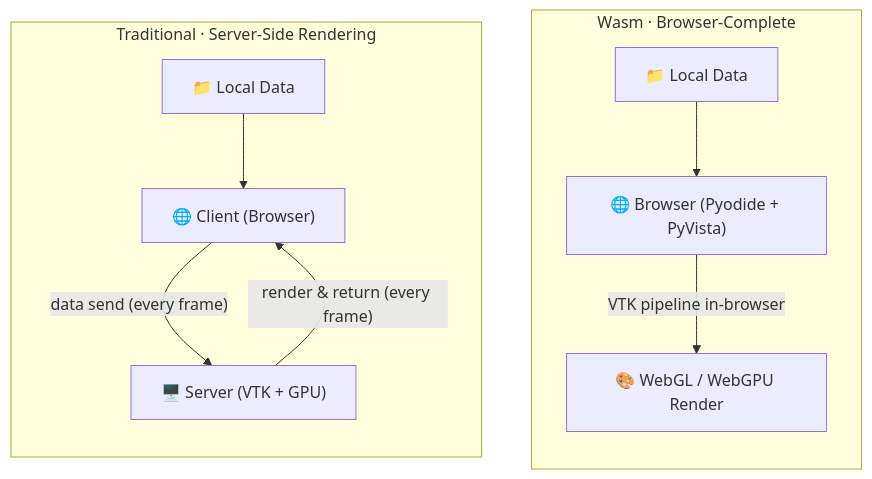
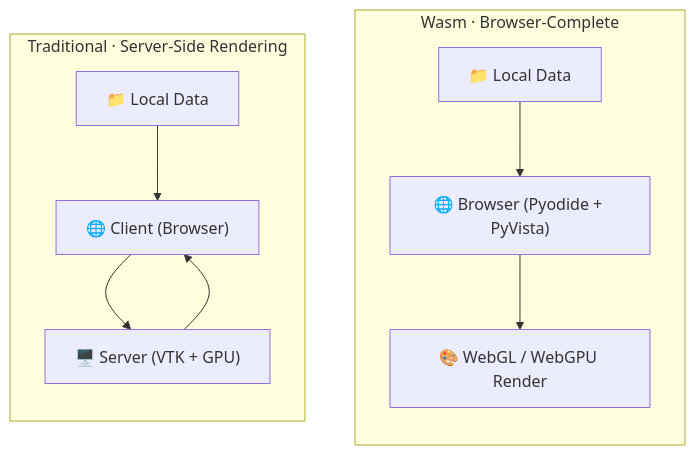
The first of 4 diagrams in slides/slides.md (tkoyama010/pyvista-wasm), drawn with Mermaid before and after one commit.

Commit message:
docs: remove edge labels causing text overlap in SSR vs Wasm diagram

````diff
--- a/slides/slides.md
+++ b/slides/slides.md
@@ -269,14 +269,14 @@
 ```mermaid {scale: 0.7}
 flowchart TB
   subgraph Wasm["Wasm · Browser-Complete"]
     direction TB
     WD["📁 Local Data"] --> WC["🌐 Browser (Pyodide + PyVista)"]
-    WC -->|"VTK pipeline in-browser"| WR["🎨 WebGL / WebGPU Render"]
+    WC --> WR["🎨 WebGL / WebGPU Render"]
   end
   subgraph Traditional["Traditional · Server-Side Rendering"]
     direction TB
     TD["📁 Local Data"] --> TC["🌐 Client (Browser)"]
-    TC -->|"data send (every frame)"| S["🖥️ Server (VTK + GPU)"]
-    S -->|"render & return (every frame)"| TC
+    TC --> S["🖥️ Server (VTK + GPU)"]
+    S --> TC
   end
 ```
````
